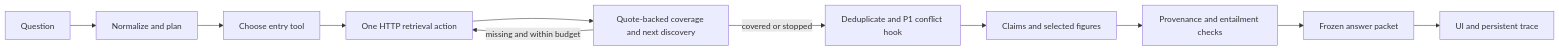
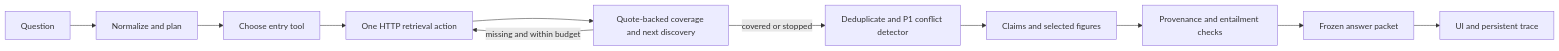
One commit to da4ngel/Doomed changed the diagram in src/agents/README.md. Above: the diagram before and after it, drawn with Mermaid. The commit also changed other lines of this file and 7 other files, not shown here.

````diff
--- a/src/agents/README.md
+++ b/src/agents/README.md
@@ -71,13 +71,13 @@
 ```mermaid
 flowchart LR
   Q[Question] --> A1[Normalize and plan]
   A1 --> R[Choose entry tool]
   R --> A2[One HTTP retrieval action]
   A2 --> A3[Quote-backed coverage and next discovery]
   A3 -->|missing and within budget| A2
-  A3 -->|covered or stopped| A4[Deduplicate and P1 conflict hook]
+  A3 -->|covered or stopped| A4[Deduplicate and P1 conflict detector]
   A4 --> A5[Claims and selected figures]
   A5 --> A6[Provenance and entailment checks]
   A6 --> P[Frozen answer packet]
   P --> UI[UI and persistent trace]
 ```
````
